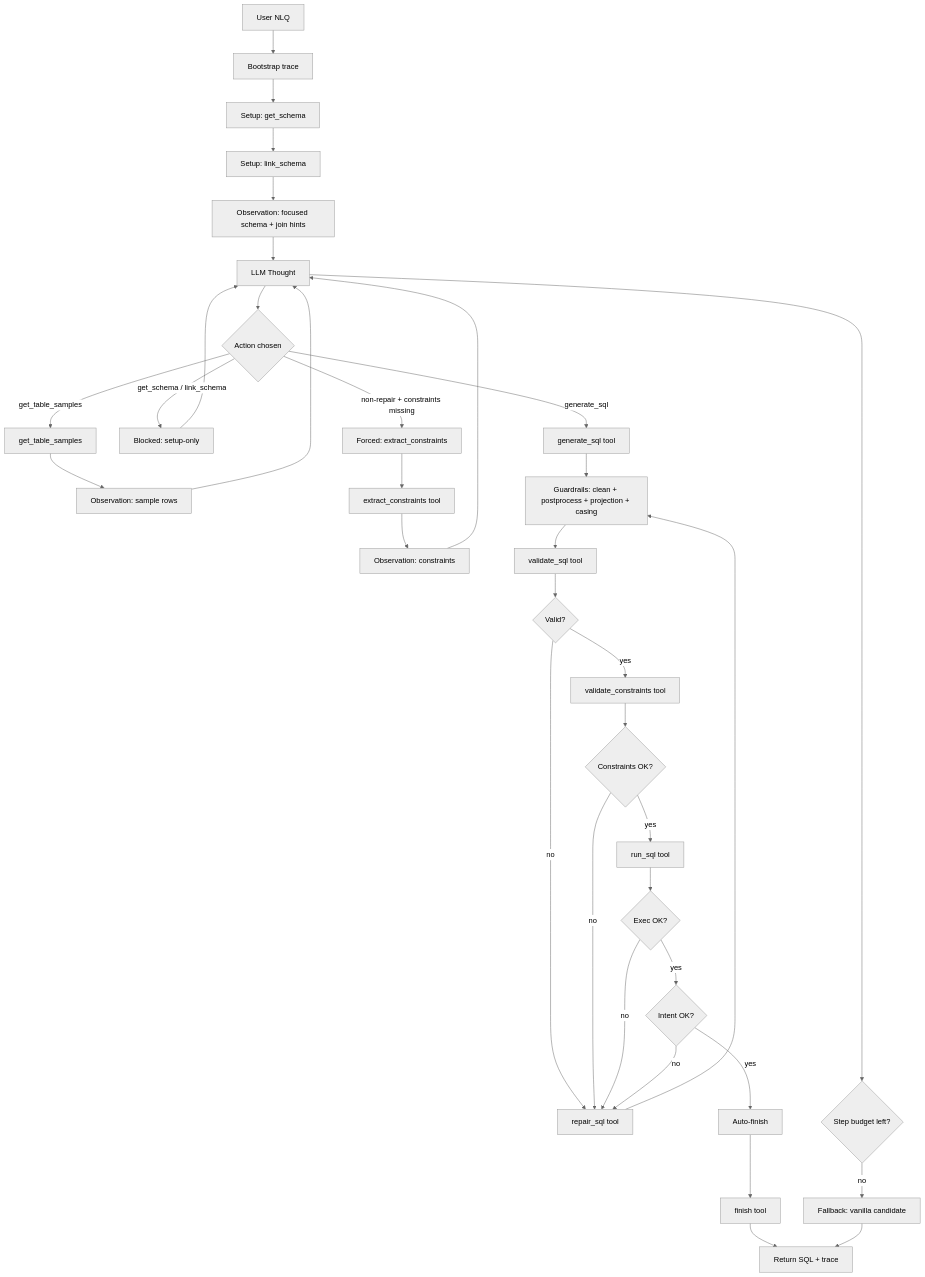
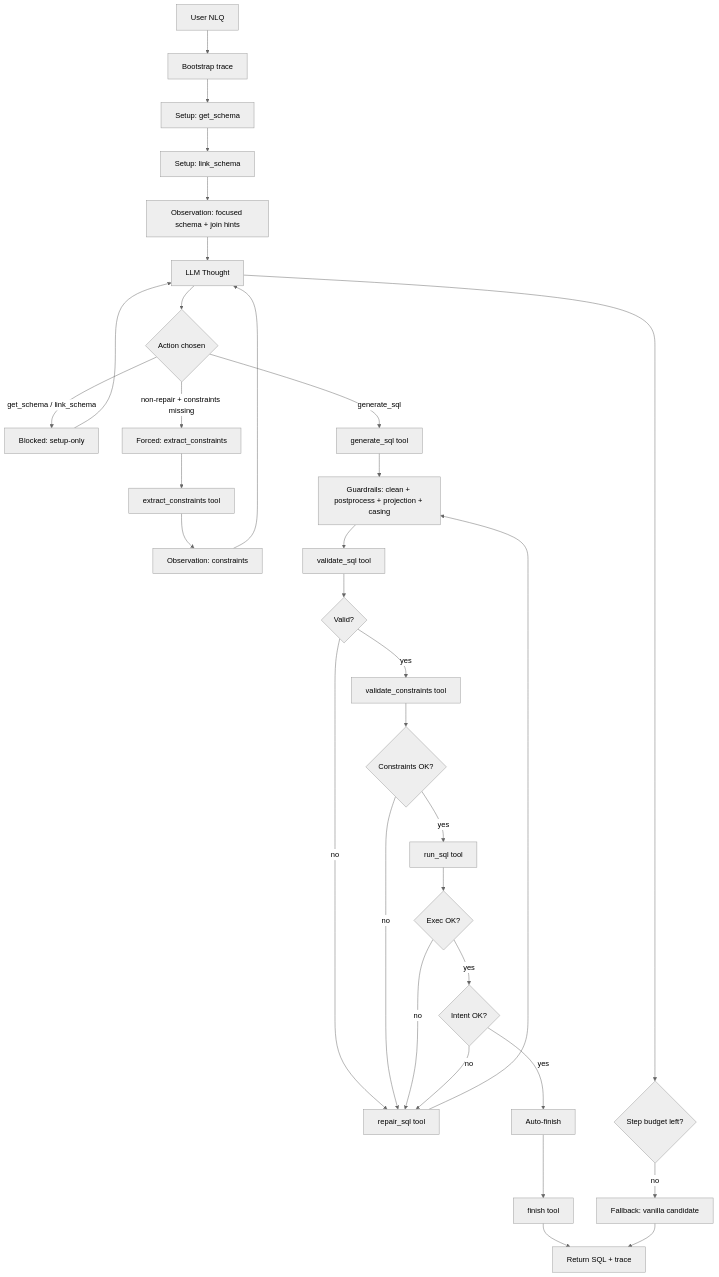
The diagram in 7_REACT_DIAGRAMS.md (MacKenzieOBrian/NLtoSQL), drawn with Mermaid (neutral theme) before and after one commit. The commit also changed 12 other files, not shown here.

Commit message:
Phase 7: add schema ranking and value-column hints for better linking

````diff
--- a/7_REACT_DIAGRAMS.md
+++ b/7_REACT_DIAGRAMS.md
@@ -8,45 +8,41 @@
 ```mermaid
 flowchart TD
   A[User NLQ] --> B[Bootstrap trace]
   B --> B1[Setup: get_schema]
   B1 --> LS[Setup: link_schema]
   LS --> B2[Observation: focused schema + join hints]
   B2 --> C[LLM Thought]
 
   C --> D{Action chosen}
-  D -->|get_table_samples| S[get_table_samples]
-  S --> S1[Observation: sample rows]
-  S1 --> C
-
   D -->|get_schema / link_schema| BLK[Blocked: setup-only]
   BLK --> C
 
   D -->|non-repair + constraints missing| FC[Forced: extract_constraints]
   FC --> EC[extract_constraints tool]
   EC --> EC1[Observation: constraints]
   EC1 --> C
 
   D -->|generate_sql| G[generate_sql tool]
   G --> H[Guardrails: clean + postprocess + projection + casing]
   H --> V[validate_sql tool]
   V --> VQ{Valid?}
   VQ -->|no| R[repair_sql tool]
   R --> H
 
   VQ -->|yes| VC[validate_constraints tool]
   VC --> VCQ{Constraints OK?}
   VCQ -->|no| R
   VCQ -->|yes| X[run_sql tool]
   X --> XQ{Exec OK?}
   XQ -->|no| R
   XQ -->|yes| I{Intent OK?}
   I -->|no| R
   I -->|yes| AF[Auto-finish]
   AF --> F[finish tool]
 
   F --> Z[Return SQL + trace]
 
   C --> SB{Step budget left?}
   SB -->|no| FB[Fallback: vanilla candidate]
   FB --> Z
 ```
````
